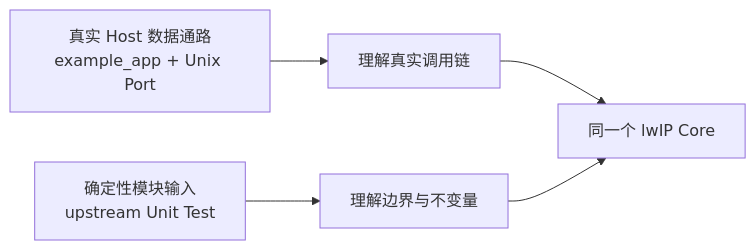
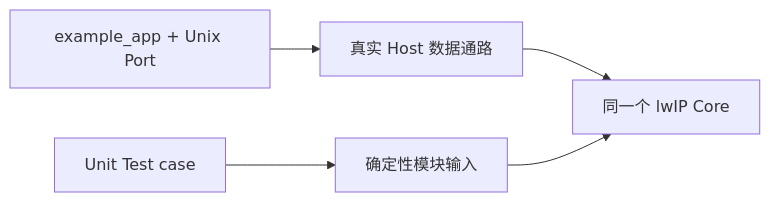
One commit to wdfk-prog/lwIP-Source-Lab changed the third of 4 diagrams in docs/01-linux-lwip-lab.md. Above: the diagram before and after it, drawn with Mermaid. The commit also changed other lines of this file and 49 other files, not shown here.

````diff
--- a/docs/01-linux-lwip-lab.md
+++ b/docs/01-linux-lwip-lab.md
@@ -198,7 +350,7 @@
 ```mermaid
 flowchart LR
-    A["真实 Host 数据通路<br/>example_app + Unix Port"] --> C["理解真实调用链"]
-    B["确定性模块输入<br/>upstream Unit Test"] --> D["理解边界与不变量"]
+    A["example_app + Unix Port"] --> C["真实 Host 数据通路"]
+    B["Unit Test case"] --> D["确定性模块输入"]
     C --> E["同一个 lwIP Core"]
     D --> E
 ```
````
